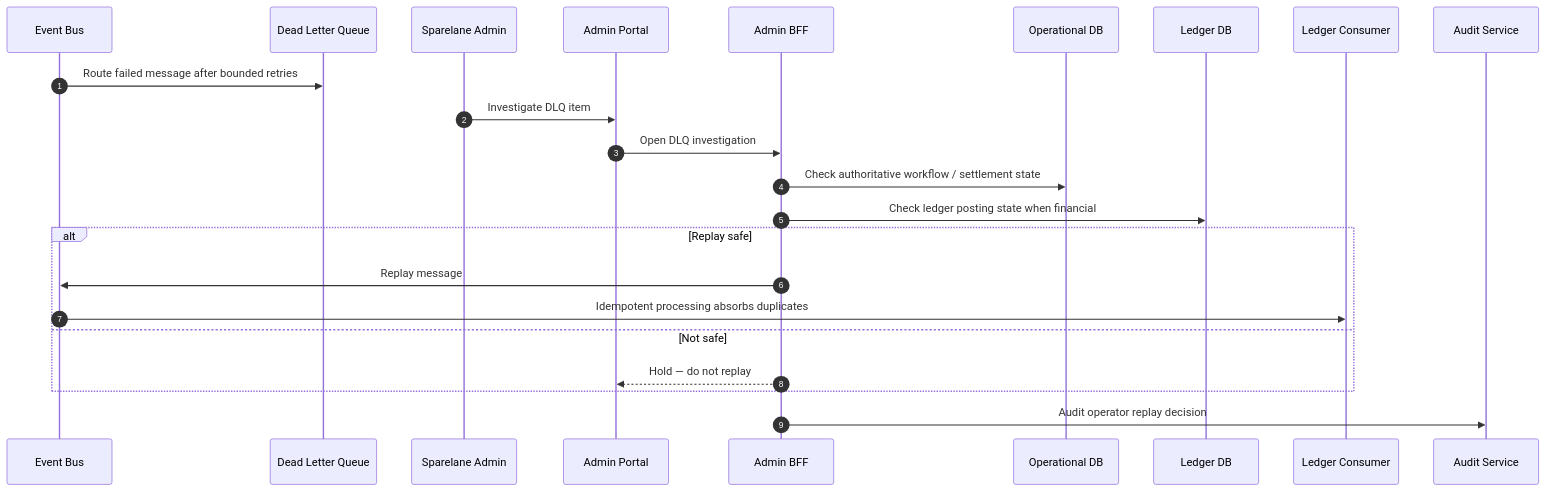
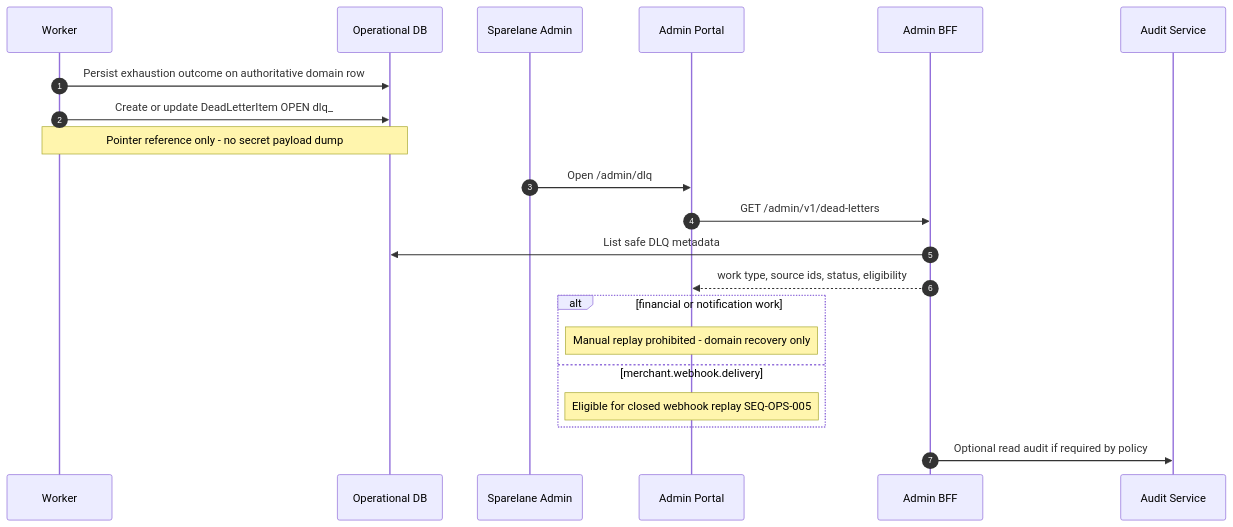
The diagram in docs/design/operations/dlq-replay.md (MR0808/sparelane-architecture), drawn with Mermaid before and after one commit. The commit also changed other lines of this file and 59 other files, not shown here.

Commit message:
Complete Phase H1 admin grant architecture and evidence

````diff
--- a/docs/design/operations/dlq-replay.md
+++ b/docs/design/operations/dlq-replay.md
@@ -34,28 +36,24 @@
 ```mermaid
 sequenceDiagram
     autonumber
-    participant Bus as Event Bus
-    participant DLQ as Dead Letter Queue
+    participant W as Worker
+    participant ODB as Operational DB
     participant Admin as Sparelane Admin
     participant Portal as Admin Portal
     participant BFF as Admin BFF
-    participant ODB as Operational DB
-    participant LDB as Ledger DB
-    participant LC as Ledger Consumer
     participant Aud as Audit Service
 
-    Bus->>DLQ: Route failed message after bounded retries
-    Admin->>Portal: Investigate DLQ item
-    Portal->>BFF: Open DLQ investigation
-    BFF->>ODB: Check authoritative workflow / settlement state
-    BFF->>LDB: Check ledger posting state when financial
-
-    alt Replay safe
-        BFF->>Bus: Replay message
-        Bus->>LC: Idempotent processing absorbs duplicates
-    else Not safe
-        BFF-->>Portal: Hold — do not replay
+    W->>ODB: Persist exhaustion outcome on authoritative domain row
+    W->>ODB: Create or update DeadLetterItem OPEN dlq_
+    Note over W,ODB: Pointer reference only - no secret payload dump
+    Admin->>Portal: Open /admin/dlq
+    Portal->>BFF: GET /admin/v1/dead-letters
+    BFF->>ODB: List safe DLQ metadata
+    BFF-->>Portal: work type, source ids, status, eligibility
+    alt financial or notification work
+        Note over Portal: Manual replay prohibited - domain recovery only
+    else merchant.webhook.delivery
+        Note over Portal: Eligible for closed webhook replay SEQ-OPS-005
     end
-
-    BFF->>Aud: Audit operator replay decision
+    BFF->>Aud: Optional read audit if required by policy
 ```
````
